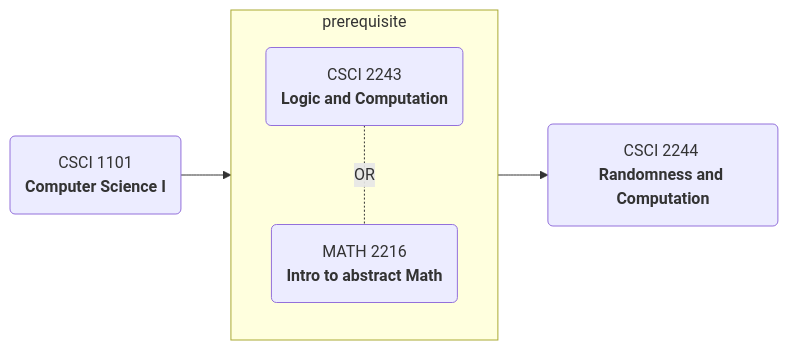
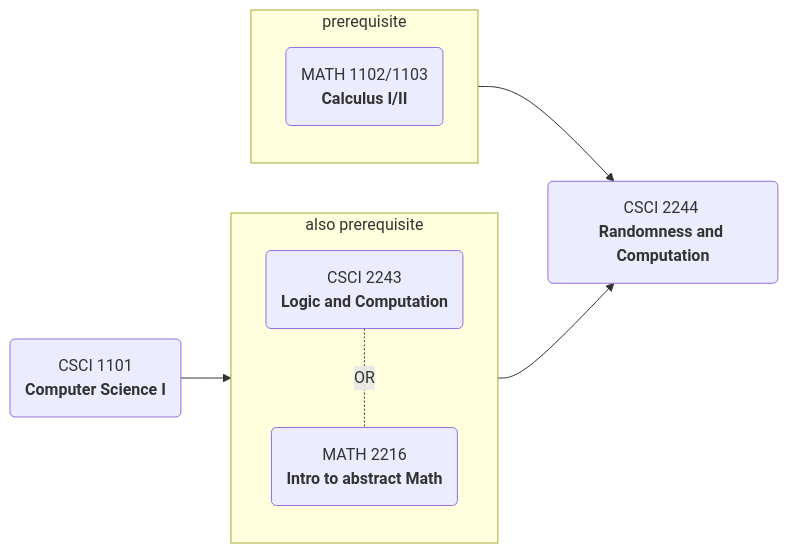
One commit to tmt514/CSCI2244Fall23 changed the diagram in site/docs/index.md. Above: the diagram before and after it, drawn with Mermaid. The commit also changed other lines of this file and 9 other files, not shown here.

````diff
--- a/site/docs/index.md
+++ b/site/docs/index.md
@@ -96,10 +96,14 @@
 ``` mermaid
 graph LR
-  subgraph prerequisite
+  subgraph Y [prerequisite]
+    X(MATH 1102/1103<br/><b>Calculus I/II</b>)
+  end
+  subgraph W ["also prerequisite"]
     direction TB
     A(CSCI 2243 <br/><b>Logic and Computation</b>) -.-|OR| C(MATH 2216 <br/><b>Intro to abstract Math</b>)
   end
-  P(CSCI 1101 <br/><b>Computer Science I</b>) --> prerequisite
-  prerequisite --> D(CSCI 2244 <br/><b>Randomness and Computation</b>)
+  Y --> D;
+  P(CSCI 1101 <br/><b>Computer Science I</b>) --> W
+  W --> D(CSCI 2244 <br/><b>Randomness and Computation</b>)
   click C "http://fmwww.bc.edu/gross/MATH2216/" "A good resource to MATH 2216."
 ```
````
